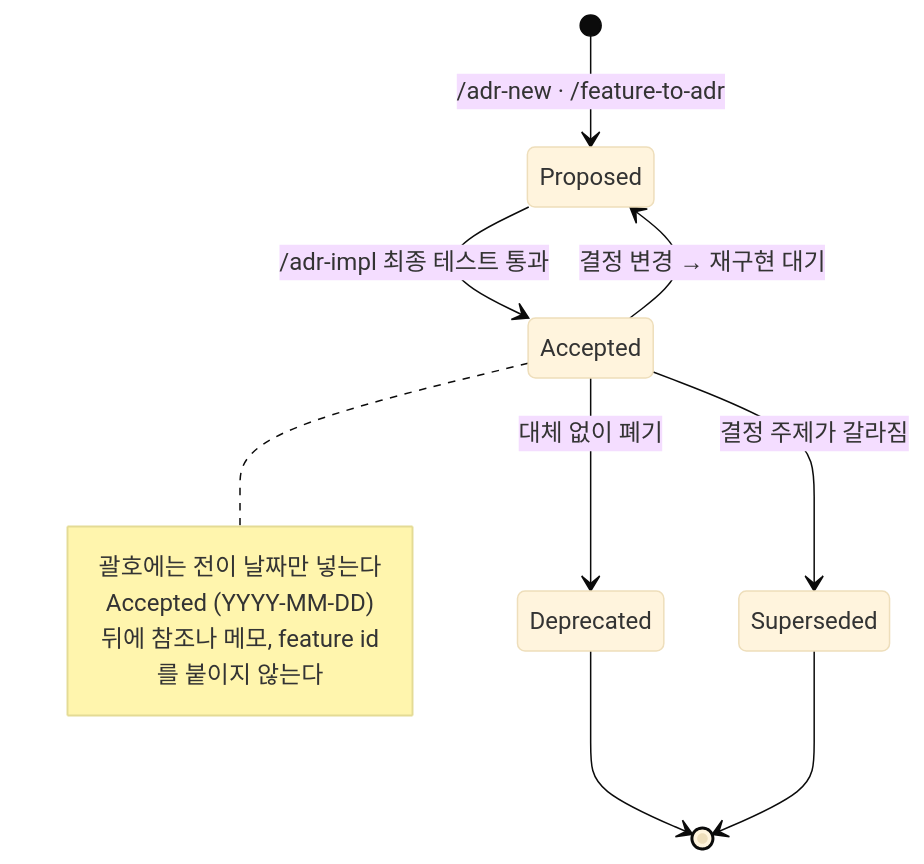
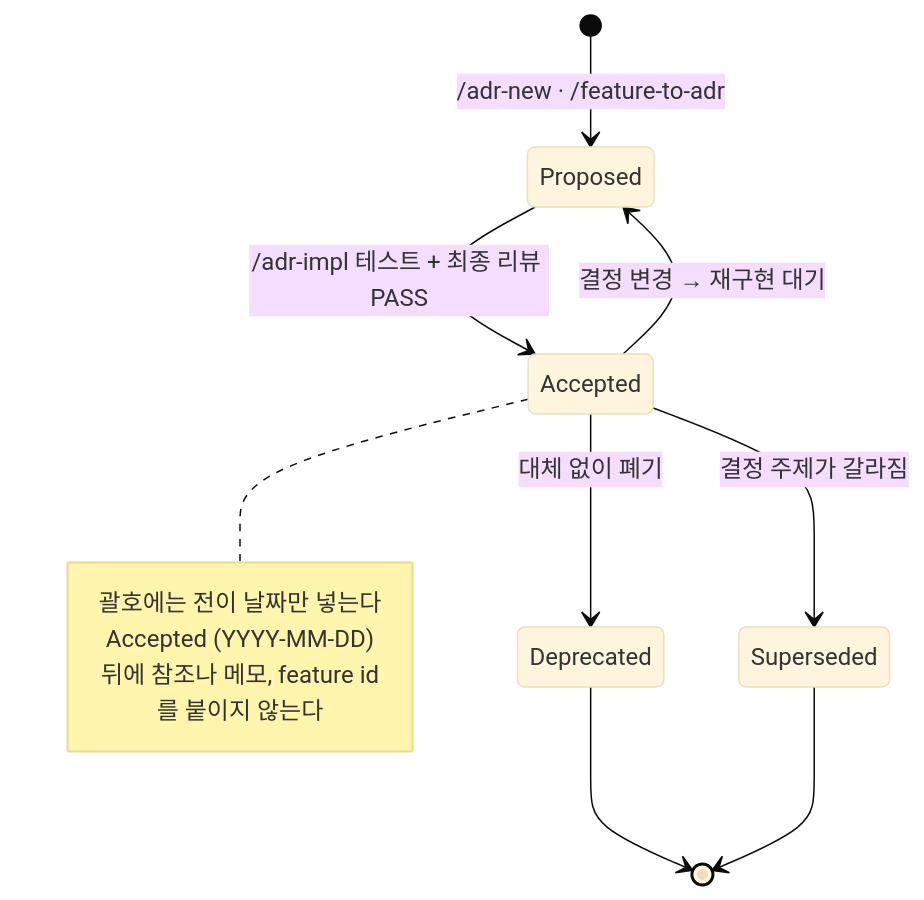
One commit to haandol/alps-writer-mcp changed the seventh of 8 diagrams in docs/adr-process.md. Above: the diagram before and after it, drawn with Mermaid (base theme). The commit also changed other lines of this file and 35 other files, not shown here.

````diff
--- a/docs/adr-process.md
+++ b/docs/adr-process.md
@@ -361,16 +380,16 @@
 ```mermaid
 stateDiagram-v2
     [*] --> Proposed: /adr-new · /feature-to-adr
-    Proposed --> Accepted: /adr-impl 최종 테스트 통과
+    Proposed --> Accepted: /adr-impl 테스트 + 최종 리뷰 PASS
     Accepted --> Proposed: 결정 변경 → 재구현 대기
     Accepted --> Deprecated: 대체 없이 폐기
     Accepted --> Superseded: 결정 주제가 갈라짐
     Deprecated --> [*]
     Superseded --> [*]
 
     note right of Accepted
         괄호에는 전이 날짜만 넣는다
         Accepted (YYYY-MM-DD)
         뒤에 참조나 메모, feature id를 붙이지 않는다
     end note
 ```
````
